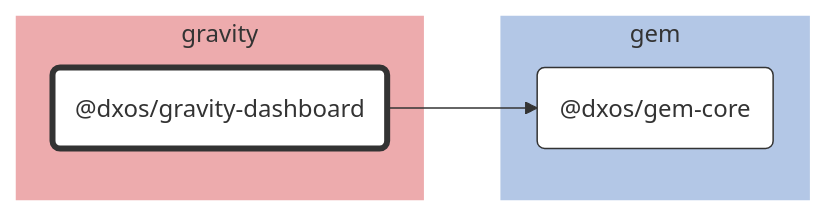
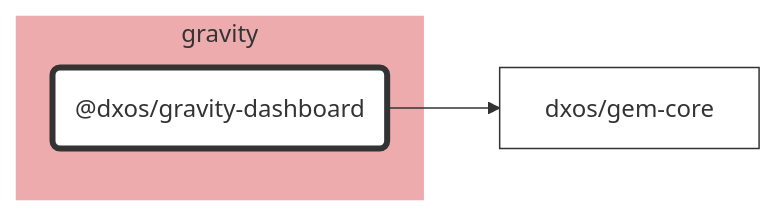
Before and after one commit to dxos/dxos: the diagram in packages/gravity/gravity-dashboard/docs/README.md, drawn with Mermaid. The commit also changed 84 other files, not shown here.

````diff
--- a/packages/gravity/gravity-dashboard/docs/README.md
+++ b/packages/gravity/gravity-dashboard/docs/README.md
@@ -7,34 +7,21 @@
 ```mermaid
 %%{ init: {'flowchart':{'curve':'basis'}} }%%
 
 flowchart LR
 
-%% Links
-dxos/gravity-dashboard --> dxos/gem-core;
+%% Classes
+classDef default fill:#fff,stroke:#333,stroke-width:1px
+classDef root fill:#fff,stroke:#333,stroke-width:4px
 
-%% Sections
-subgraph gravity
-  style gravity fill:#edabad,stroke:#fff;
+%% Nodes
 
-  dxos/gravity-dashboard("@dxos/gravity-dashboard")
+subgraph gravity [gravity]
+  style gravity fill:#edabad,stroke:#fff
+  dxos/gravity-dashboard("@dxos/gravity-dashboard"):::root
+  click dxos/gravity-dashboard "dxos/dxos/tree/main/packages/gravity/gravity-dashboard/docs"
 end
 
-subgraph gem
-  style gem fill:#b3c7e6,stroke:#fff;
-
-  dxos/gem-core("@dxos/gem-core")
-end
-
-
-%% Hyperlinks
-click dxos/gem-core "dxos/dxos/tree/main/packages/gem/gem-core/docs";
-
-%% Styles
-classDef rootNode fill:#fff,stroke:#333,stroke-width:4px
-classDef defaultNode fill:#fff,stroke:#333,stroke-width:1px
+%% Links
 linkStyle default stroke:#333,stroke-width:1px
-
-dxos/gravity-dashboard:::rootNode
-
-dxos/gem-core:::defaultNode
+dxos/gravity-dashboard --> dxos/gem-core
 ```
````
